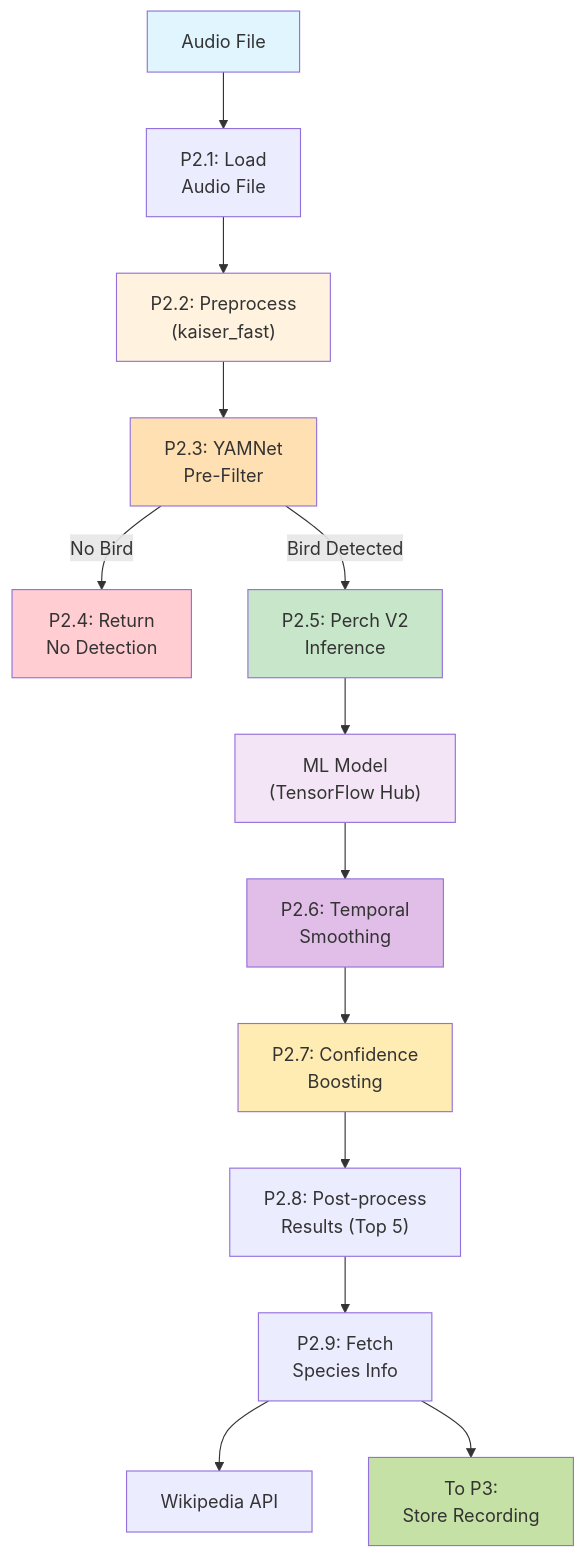
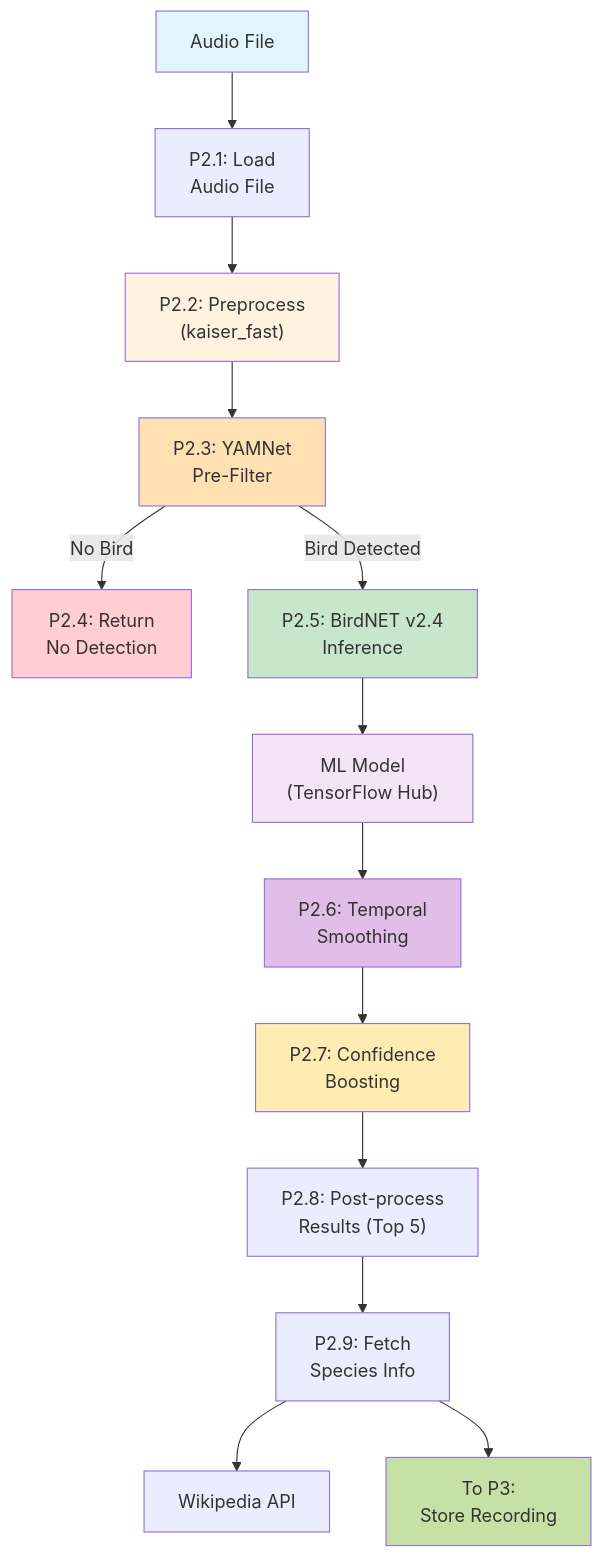
Before and after one commit to project-soundscape/soundscape-ai: the ninth of 13 diagrams in COMPREHENSIVE_DOCUMENTATION.md, drawn with Mermaid. The commit also changed other lines of this file, not shown here.

````diff
--- a/COMPREHENSIVE_DOCUMENTATION.md
+++ b/COMPREHENSIVE_DOCUMENTATION.md
@@ -1366,25 +1366,25 @@
 ```mermaid
 flowchart TD
     AF["Audio File"] --> P21["P2.1: Load<br/>Audio File"]
     P21 --> P22["P2.2: Preprocess<br/>(kaiser_fast)"]
     P22 --> P23["P2.3: YAMNet<br/>Pre-Filter"]
     P23 -->|"No Bird"| P24["P2.4: Return<br/>No Detection"]
-    P23 -->|"Bird Detected"| P25["P2.5: Perch V2<br/>Inference"]
+    P23 -->|"Bird Detected"| P25["P2.5: BirdNET v2.4<br/>Inference"]
     P25 --> ML["ML Model<br/>(TensorFlow Hub)"]
     ML --> P26["P2.6: Temporal<br/>Smoothing"]
     P26 --> P27["P2.7: Confidence<br/>Boosting"]
     P27 --> P28["P2.8: Post-process<br/>Results (Top 5)"]
     P28 --> P29["P2.9: Fetch<br/>Species Info"]
     P29 --> Wiki["Wikipedia API"]
     P29 --> P30["To P3:<br/>Store Recording"]
     
     style AF fill:#e1f5ff
     style P22 fill:#fff3e0
     style P23 fill:#ffe0b2
     style P24 fill:#ffcdd2
     style P25 fill:#c8e6c9
     style ML fill:#f3e5f5
     style P26 fill:#e1bee7
     style P27 fill:#ffecb3
     style P30 fill:#c5e1a5
 ```
````
